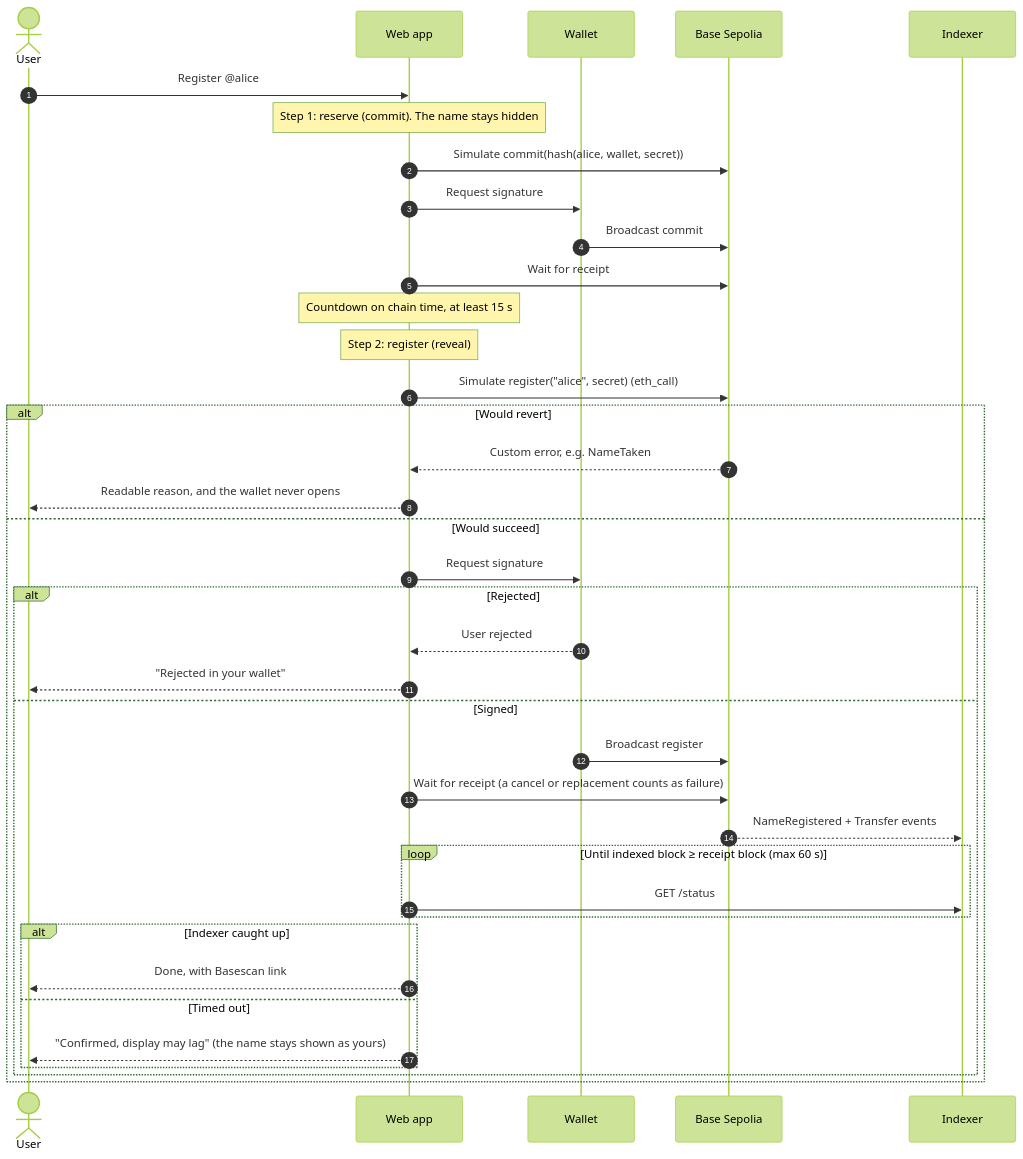
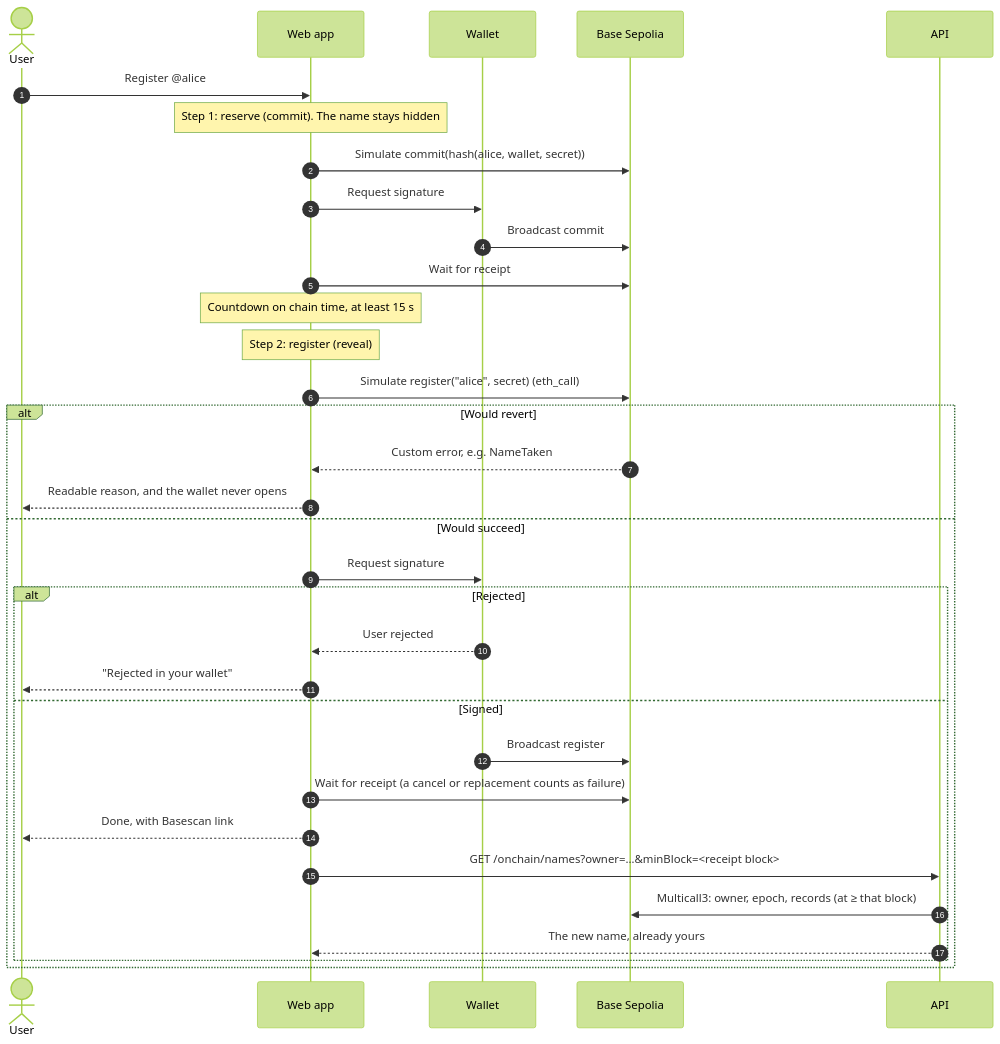
Before and after one commit to ansah25/paytag: the second of 2 diagrams in README.md, drawn with Mermaid (forest theme). The commit also changed other lines of this file and 57 other files, not shown here.

First line of the commit message:
Retire the Ponder indexer: web, SDK 0.7, CI and docs on the API's /onchain reads

````diff
--- a/README.md
+++ b/README.md
@@ -63,40 +63,35 @@
 ```mermaid
 sequenceDiagram
   autonumber
   actor U as User
   participant A as Web app
   participant W as Wallet
   participant B as Base Sepolia
-  participant I as Indexer
+  participant P as API
   U->>A: Register @alice
   Note over A: Step 1: reserve (commit). The name stays hidden
   A->>B: Simulate commit(hash(alice, wallet, secret))
   A->>W: Request signature
   W->>B: Broadcast commit
   A->>B: Wait for receipt
   Note over A: Countdown on chain time, at least 15 s
   Note over A: Step 2: register (reveal)
   A->>B: Simulate register("alice", secret) (eth_call)
   alt Would revert
     B-->>A: Custom error, e.g. NameTaken
     A-->>U: Readable reason, and the wallet never opens
   else Would succeed
     A->>W: Request signature
     alt Rejected
       W-->>A: User rejected
       A-->>U: "Rejected in your wallet"
     else Signed
       W->>B: Broadcast register
       A->>B: Wait for receipt (a cancel or replacement counts as failure)
-      B-->>I: NameRegistered + Transfer events
-      loop Until indexed block ≥ receipt block (max 60 s)
-        A->>I: GET /status
-      end
-      alt Indexer caught up
-        A-->>U: Done, with Basescan link
-      else Timed out
-        A-->>U: "Confirmed, display may lag" (the name stays shown as yours)
-      end
+      A-->>U: Done, with Basescan link
+      A->>P: GET /onchain/names?owner=…&minBlock=<receipt block>
+      P->>B: Multicall3: owner, epoch, records (at ≥ that block)
+      P-->>A: The new name, already yours
     end
   end
 ```
````
